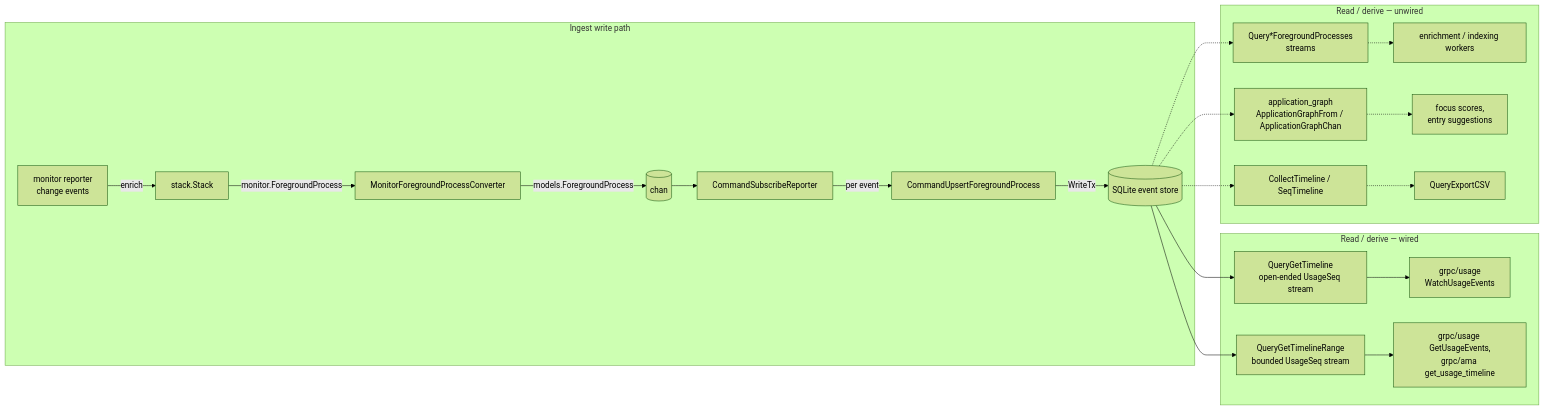
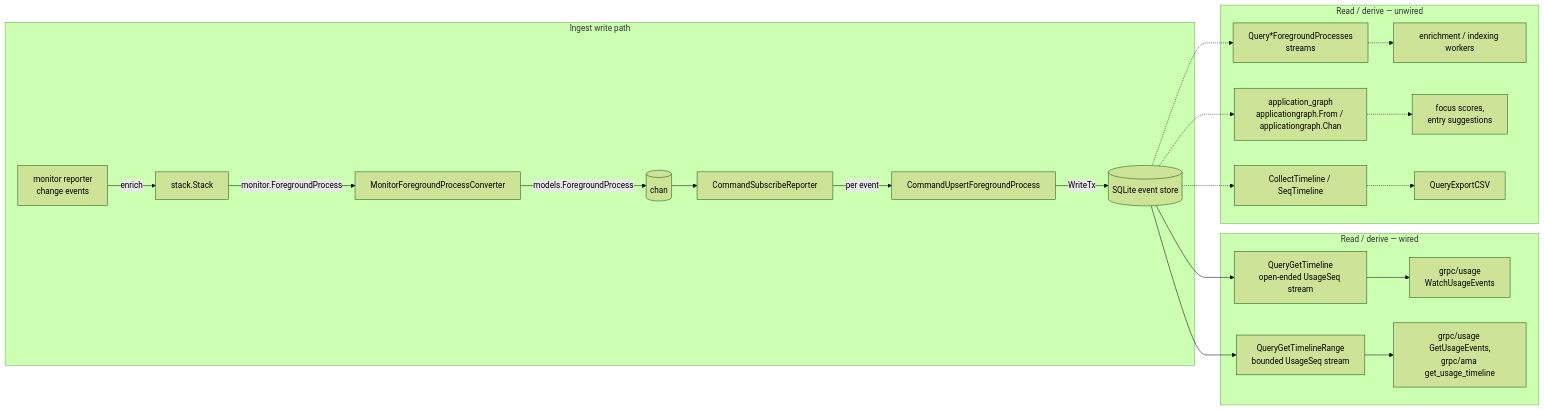
One commit to skulpturenz/timeboxxing changed the first of 2 diagrams in sidecar/components/timeline/README.md. Above: the diagram before and after it, drawn with Mermaid (forest theme). The commit also changed other lines of this file and 62 other files, not shown here.

````diff
--- a/sidecar/components/timeline/README.md
+++ b/sidecar/components/timeline/README.md
@@ -46,20 +30,20 @@
 ```mermaid
 flowchart LR
     subgraph ingest [Ingest write path]
         R[monitor reporter<br/>change events] -->|enrich| E[stack.Stack]
         E -->|monitor.ForegroundProcess| CV[MonitorForegroundProcessConverter]
         CV -->|models.ForegroundProcess| CH[(chan)]
         CH --> SR[CommandSubscribeReporter]
         SR -->|per event| UP[CommandUpsertForegroundProcess]
         UP -->|WriteTx| DB[(SQLite event store)]
     end
     subgraph derive [Read / derive — wired]
         DB --> GT[QueryGetTimeline<br/>open-ended UsageSeq stream] --> WU[grpc/usage<br/>WatchUsageEvents]
         DB --> GR[QueryGetTimelineRange<br/>bounded UsageSeq stream] --> RU[grpc/usage GetUsageEvents,<br/>grpc/ama get_usage_timeline]
     end
     subgraph planned [Read / derive — unwired]
         DB -.-> UN[Query*ForegroundProcesses<br/>streams] -.-> W[enrichment / indexing workers]
-        DB -.-> AG[application_graph<br/>ApplicationGraphFrom / ApplicationGraphChan] -.-> M[focus scores,<br/>entry suggestions]
+        DB -.-> AG[application_graph<br/>applicationgraph.From / applicationgraph.Chan] -.-> M[focus scores,<br/>entry suggestions]
         DB -.-> CT[CollectTimeline / SeqTimeline] -.-> CSV[QueryExportCSV]
     end
 ```
````
